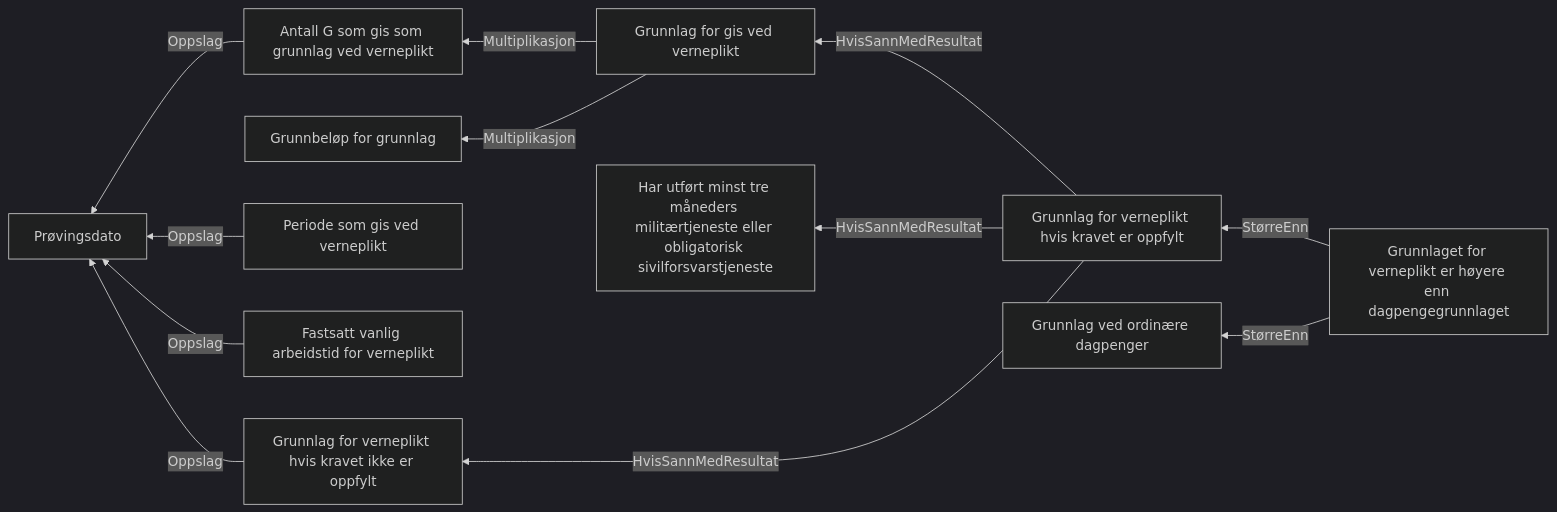
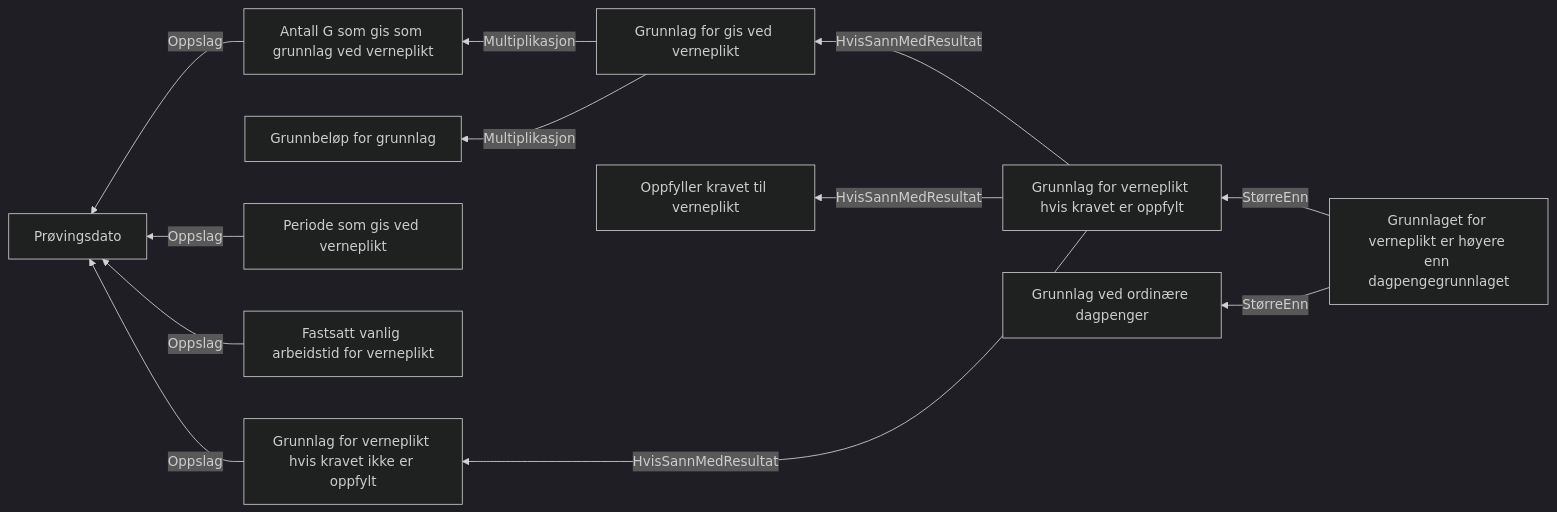
One commit to navikt/dp-behandling changed the diagram in docs/regler/§ 4-19 Verneplikt (fastsetting).approved.md. Above: the diagram before and after it, drawn with Mermaid (dark theme). The commit also changed 12 other files, not shown here.

````diff
--- a/docs/regler/§ 4-19 Verneplikt (fastsetting).approved.md
+++ b/docs/regler/§ 4-19 Verneplikt (fastsetting).approved.md
@@ -5,14 +5,14 @@
 ```mermaid
 graph RL
   A["Antall G som gis som grunnlag ved verneplikt"] -->|"Oppslag"| B["Prøvingsdato"]
   C["Grunnlag for gis ved verneplikt"] -->|"Multiplikasjon"| D["Grunnbeløp for grunnlag"]
   C["Grunnlag for gis ved verneplikt"] -->|"Multiplikasjon"| A["Antall G som gis som grunnlag ved verneplikt"]
   E["Periode som gis ved verneplikt"] -->|"Oppslag"| B["Prøvingsdato"]
   F["Fastsatt vanlig arbeidstid for verneplikt"] -->|"Oppslag"| B["Prøvingsdato"]
   G["Grunnlag for verneplikt hvis kravet ikke er oppfylt"] -->|"Oppslag"| B["Prøvingsdato"]
-  H["Grunnlag for verneplikt hvis kravet er oppfylt"] -->|"HvisSannMedResultat"| I["Har utført minst tre måneders militærtjeneste eller obligatorisk sivilforsvarstjeneste"]
+  H["Grunnlag for verneplikt hvis kravet er oppfylt"] -->|"HvisSannMedResultat"| I["Oppfyller kravet til verneplikt"]
   H["Grunnlag for verneplikt hvis kravet er oppfylt"] -->|"HvisSannMedResultat"| C["Grunnlag for gis ved verneplikt"]
   H["Grunnlag for verneplikt hvis kravet er oppfylt"] -->|"HvisSannMedResultat"| G["Grunnlag for verneplikt hvis kravet ikke er oppfylt"]
   J["Grunnlaget for verneplikt er høyere enn dagpengegrunnlaget"] -->|"StørreEnn"| H["Grunnlag for verneplikt hvis kravet er oppfylt"]
   J["Grunnlaget for verneplikt er høyere enn dagpengegrunnlaget"] -->|"StørreEnn"| K["Grunnlag ved ordinære dagpenger"]
 ```
````
